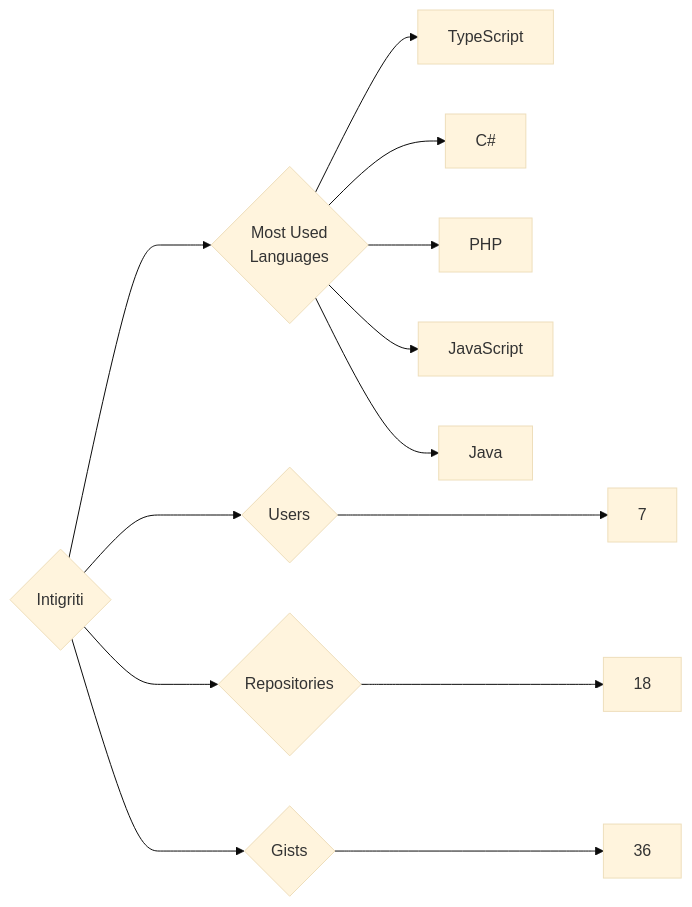
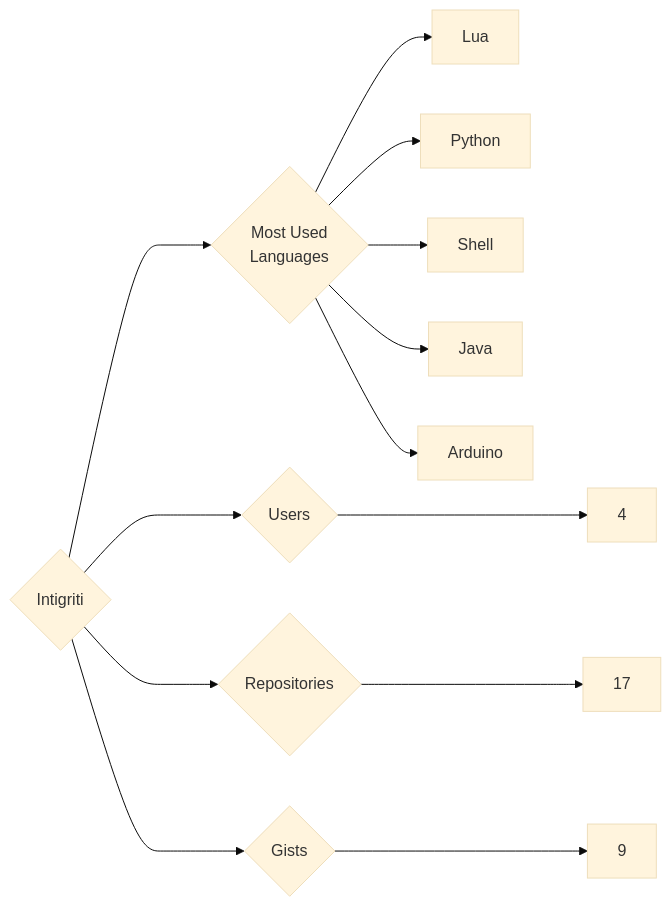
Before and after one commit to trickest/insiders: the diagram in targets/Intigriti/README.md, drawn with Mermaid (base theme). The commit also changed 1089 other files, not shown here.

````diff
--- a/targets/Intigriti/README.md
+++ b/targets/Intigriti/README.md
@@ -3,13 +3,13 @@
 ```mermaid
 graph LR
 COMPANY_NAME{Intigriti}
-COMPANY_NAME ---> U{Users} ---> UN[7]
-COMPANY_NAME ---> R{Repositories} ---> RN[18]
-COMPANY_NAME ---> G{Gists} ---> GN[36]
+COMPANY_NAME ---> U{Users} ---> UN[4]
+COMPANY_NAME ---> R{Repositories} ---> RN[17]
+COMPANY_NAME ---> G{Gists} ---> GN[9]
 COMPANY_NAME ---> ML{Most Used<br>Languages}
-ML --> TypeScript[TypeScript]
-ML --> C#[C#]
-ML --> PHP[PHP]
-ML --> JavaScript[JavaScript]
+ML --> Lua[Lua]
+ML --> Python[Python]
+ML --> Shell[Shell]
 ML --> Java[Java]
+ML --> Arduino[Arduino]
 ```
````
